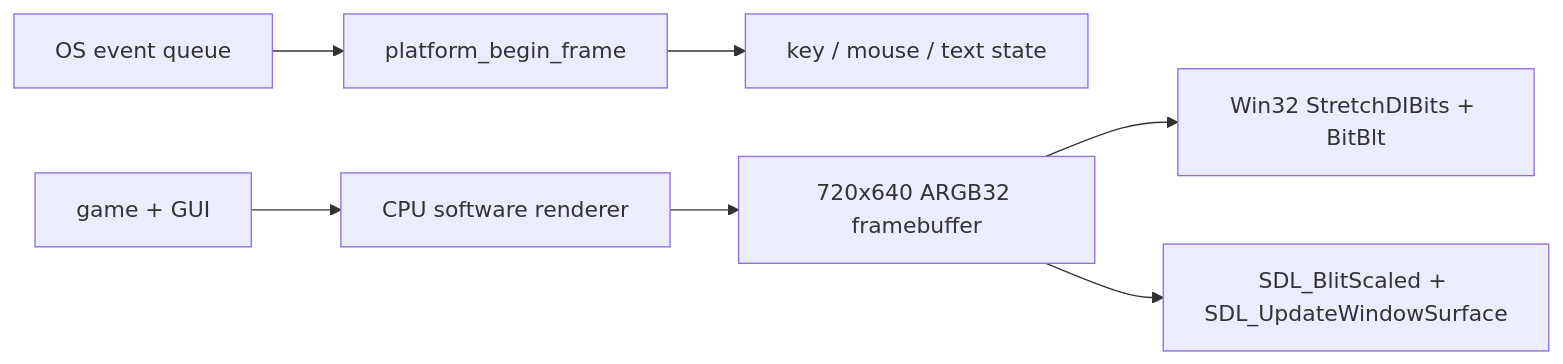
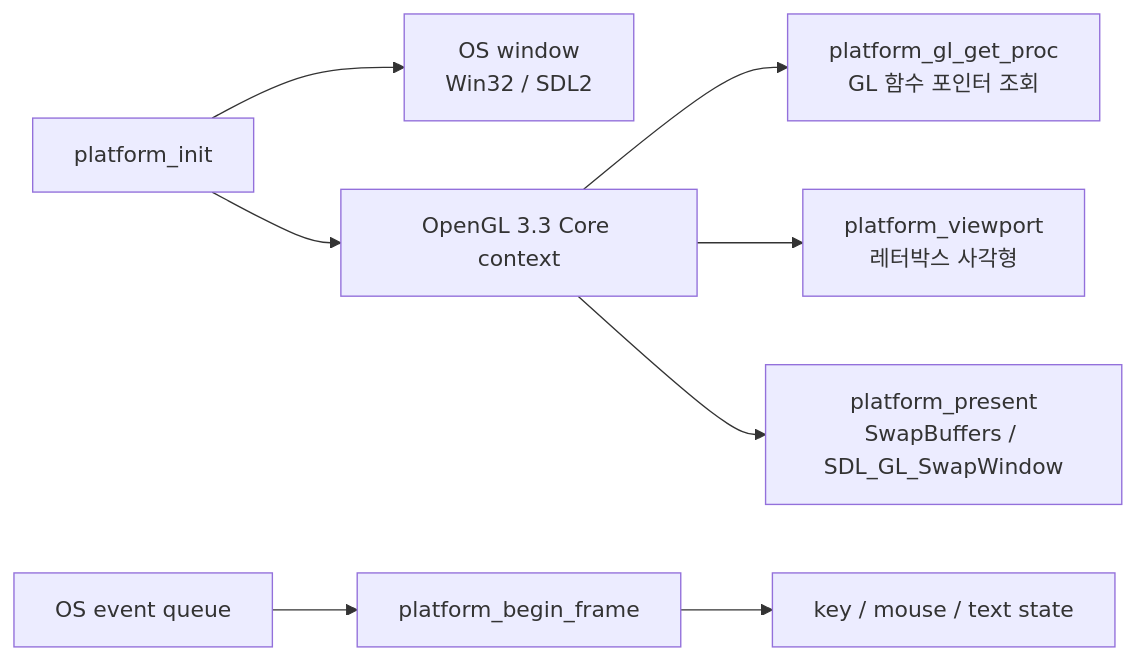
The first of 4 diagrams in docs/blog/part2-platform-window-input.md (Rein-ArXiv/Tetris-Multiplayer-RL), drawn with Mermaid before and after one commit. The commit also changed other lines of this file and 13 other files, not shown here.

````diff
--- a/docs/blog/part2-platform-window-input.md
+++ b/docs/blog/part2-platform-window-input.md
@@ -26,9 +26,10 @@
 ```mermaid
 flowchart LR
-    OS["OS event queue"] --> P["platform_begin_frame"]
-    P --> I["key / mouse / text state"]
-    G["game + GUI"] --> R["CPU software renderer"]
-    R --> F["720x640 ARGB32 framebuffer"]
-    F --> W["Win32 StretchDIBits + BitBlt"]
-    F --> S["SDL_BlitScaled + SDL_UpdateWindowSurface"]
+    I["platform_init"] --> W["OS window<br/>Win32 / SDL2"]
+    I --> C["OpenGL 3.3 Core context"]
+    Q["OS event queue"] --> B["platform_begin_frame"]
+    B --> K["key / mouse / text state"]
+    C --> L["platform_gl_get_proc<br/>GL 함수 포인터 조회"]
+    C --> V["platform_viewport<br/>레터박스 사각형"]
+    C --> P["platform_present<br/>SwapBuffers / SDL_GL_SwapWindow"]
 ```
````
